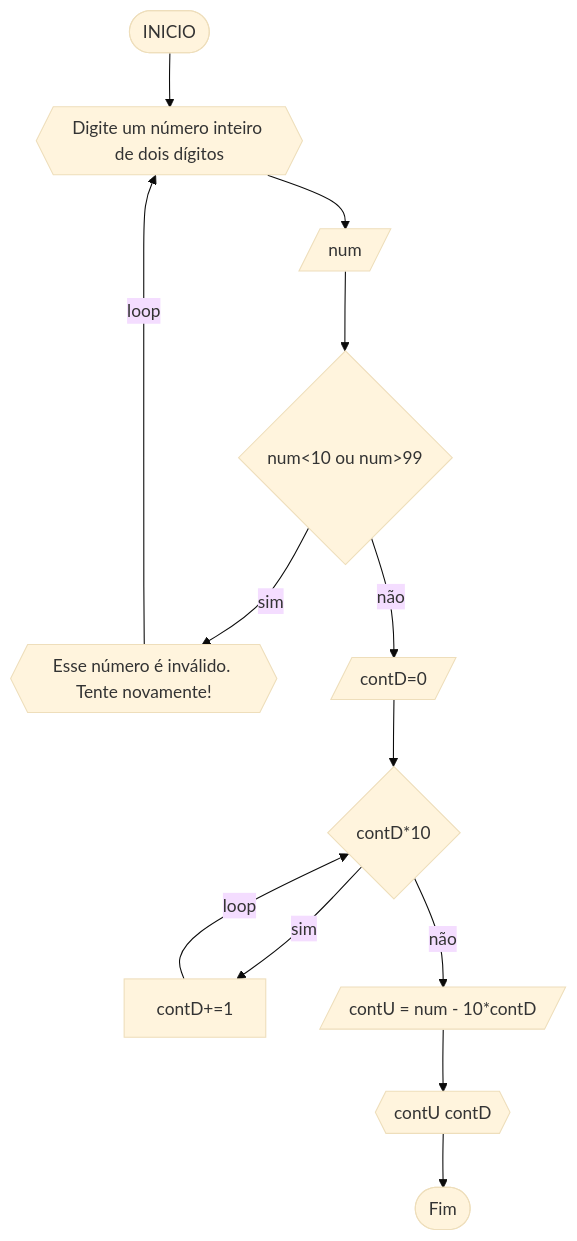
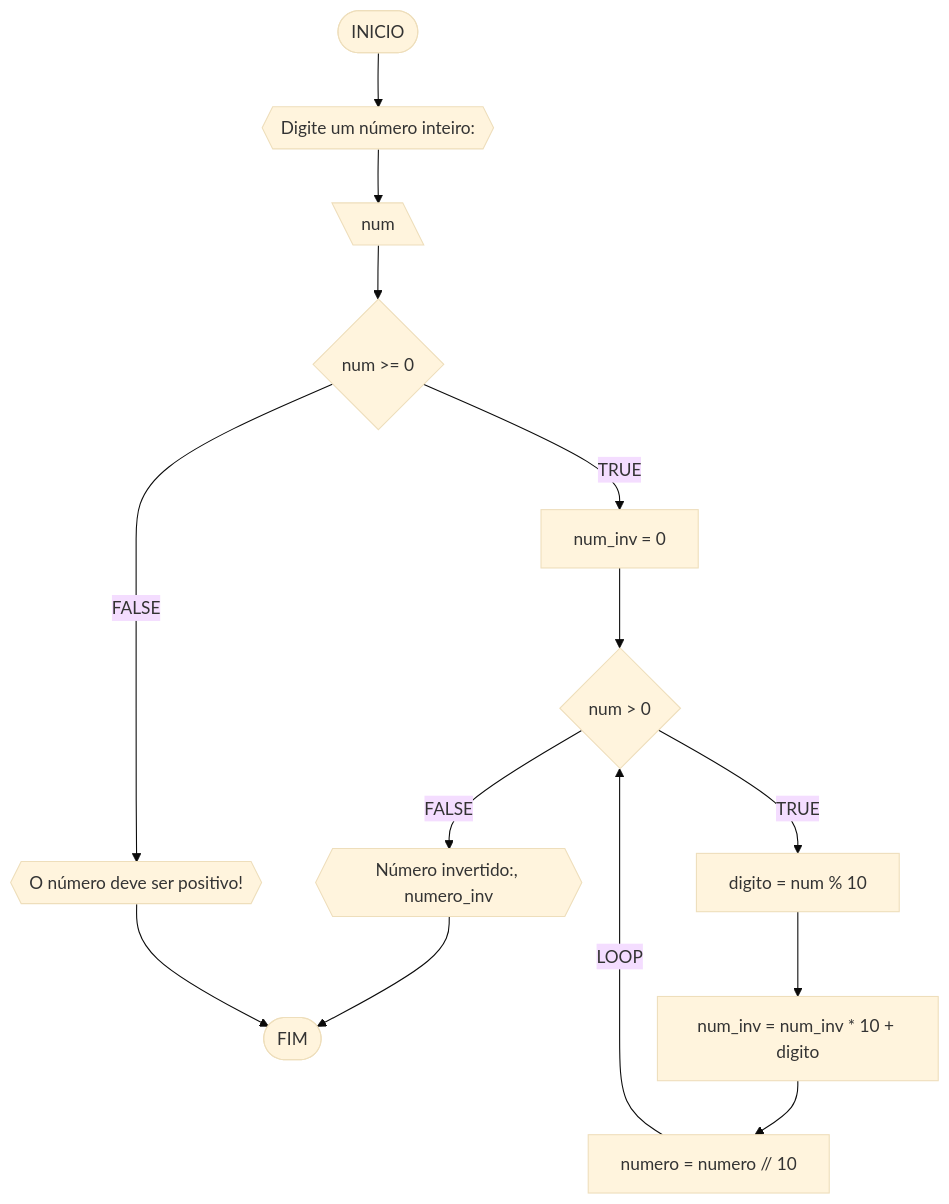
The seventh of 7 diagrams in RLA/unidade1/AD1.md (IsyCirino/unifor), drawn with Mermaid (base theme) before and after one commit. The commit also changed other lines of this file, not shown here.

````diff
--- a/RLA/unidade1/AD1.md
+++ b/RLA/unidade1/AD1.md
@@ -367,17 +367,16 @@
 ```mermaid
 flowchart TD
-A([INICIO]) --> B{{Digite um número inteiro de dois dígitos}}
-B-->C[/num/]
-C-->D{num<10 ou num>99}
-D-->|sim|E{{Esse número é inválido. Tente novamente!}}
-E-->|loop|B
-D-->|não|F[/contD=0/]
-F-->G{contD*10<num-10}
-G-->|sim|H[contD+=1]
-H-->|loop|G
-G-->|não|I[/contU = num - 10*contD/]
-I-->J{{contU contD}}
-J-->L([Fim])
-
-
+A([INICIO]) --> B{{Digite um número inteiro: }}
+B --> C[\num\]
+C --> D{num >= 0}
+D --TRUE--> G[num_inv = 0]
+G --> H{num > 0}
+H --FALSE--> Z{{"Número invertido:", numero_inv}}
+Z --> W([FIM])
+H --TRUE--> I[digito = num % 10]
+I --> J[num_inv = num_inv * 10 + digito]
+J --> K[numero = numero // 10]
+K --LOOP--> H
+D --FALSE--> E{{O número deve ser positivo!}}
+E --> W
 ```
````
